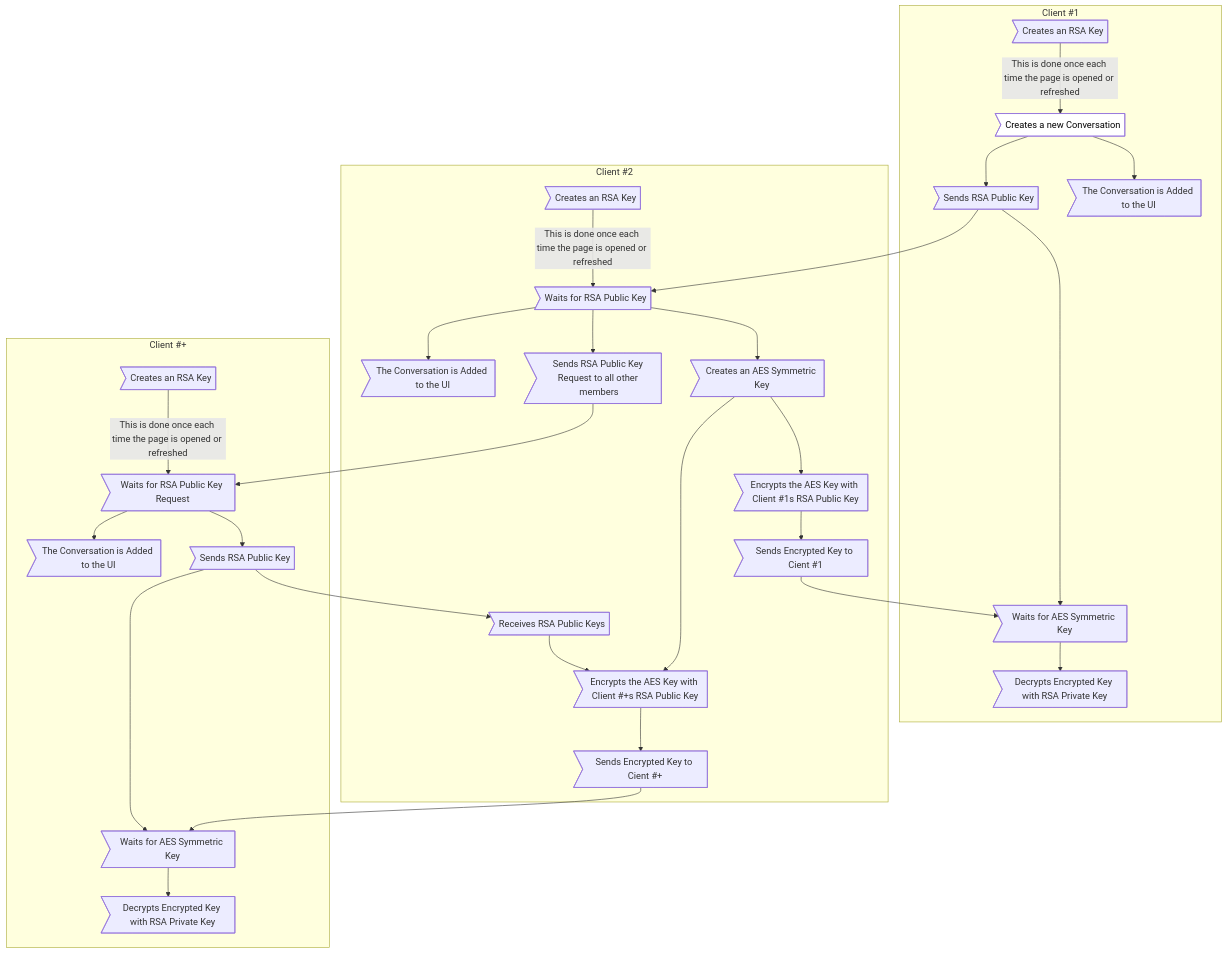
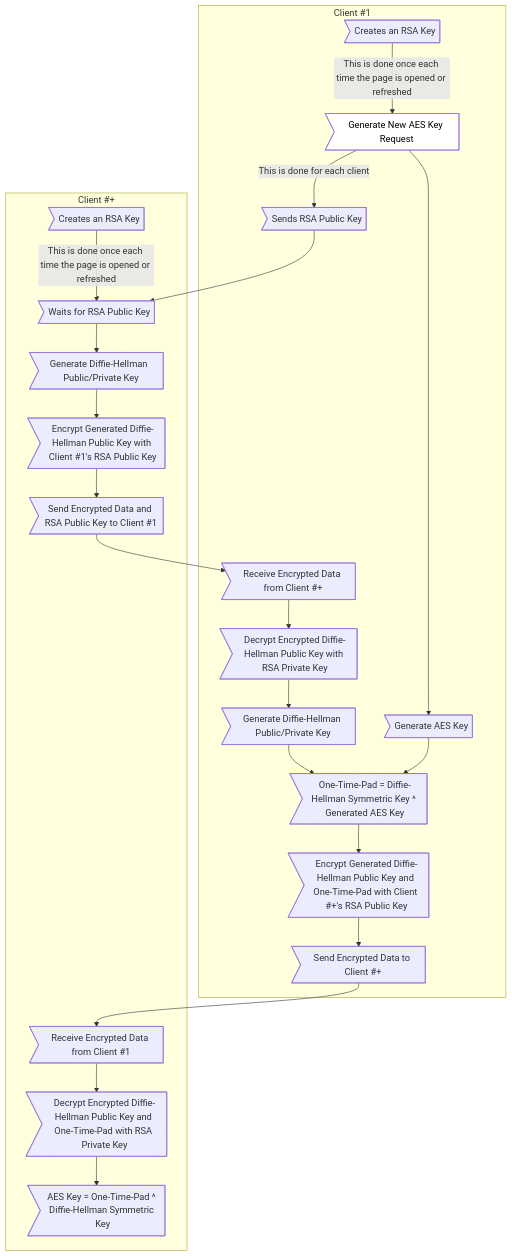
One commit to xXCrash2BomberXx/TinyChat changed the third of 4 diagrams in README.md. Above: the diagram before and after it, drawn with Mermaid. The commit also changed other lines of this file and 1 other file, not shown here.

Commit message:
RSA and security fixes (#85)
* Base

* Additions

* Finishing Touches

* Permissions Cleanup

* Fixed Manual AES Key Share

* ReaDME Update

* README Update

* README Update

* README Update

* Added lock button

* made button lock

* Optimized

---------

````diff
--- a/README.md
+++ b/README.md
@@ -236,36 +231,28 @@
 ```mermaid
 graph TB;
   subgraph "Client #1"
-  A>Creates an RSA Key] --> |This is done once each time the page is opened or refreshed| B>Creates a new Conversation];
-  B --> C>The Conversation is Added to the UI];
-  B --> D>Sends RSA Public Key];
-  D --> J>Waits for AES Symmetric Key];
-  J --> K>Decrypts Encrypted Key with RSA Private Key];
-  end
-  subgraph "Client #2"
-  E>Creates an RSA Key] --> |This is done once each time the page is opened or refreshed| F>Waits for RSA Public Key];
-  D --> F;
-  F --> G>Creates an AES Symmetric Key];
-  G -->H>Encrypts the AES Key with Client #1s RSA Public Key];
-  H -->I>Sends Encrypted Key to Cient #1];
-  I --> J;
-  F --> O>Sends RSA Public Key Request to all other members];
-  G --> Q;
-  P --> Q>Encrypts the AES Key with Client #+s RSA Public Key];
-  Q --> R>Sends Encrypted Key to Cient #+];
-  F --> U>The Conversation is Added to the UI];
+  A>Creates an RSA Key] --> |This is done once each time the page is opened or refreshed| B>Generate New AES Key Request];
+  B --> |This is done for each client| D>Sends RSA Public Key];
+  J --> K>Decrypt Encrypted Diffie-Hellman Public Key with RSA Private Key];
+  K --> L>"Generate Diffie-Hellman Public/Private Key"];
+  B --> F>Generate AES Key];
+  F --> M;
+  L --> M>One-Time-Pad = Diffie-Hellman Symmetric Key ^ Generated AES Key];
+  M --> N>Encrypt Generated Diffie-Hellman Public Key and One-Time-Pad with Client #+'s RSA Public Key];
+  N --> O>Send Encrypted Data to Client #+];
   end
   subgraph "Client #+"
-  L>Creates an RSA Key] --> |This is done once each time the page is opened or refreshed| M>Waits for RSA Public Key Request];
-  M --> N>Sends RSA Public Key];
-  O --> M;
-  N --> P>Receives RSA Public Keys];
-  N --> S> Waits for AES Symmetric Key];
-  R --> S;
-  S --> T>Decrypts Encrypted Key with RSA Private Key];
-  M --> V>The Conversation is Added to the UI];
+  C>Creates an RSA Key] --> |This is done once each time the page is opened or refreshed| E>Creates a new Conversation];
+  D --> E>Waits for RSA Public Key];
+  E --> G>"Generate Diffie-Hellman  Public/Private Key"];
+  G --> H>Encrypt Generated Diffie-Hellman Public Key with Client #1's RSA Public Key];
+  H --> I>Send Encrypted Data and RSA Public Key to Client #1];
+  I --> J>Receive Encrypted Data from Client #+];
+  O --> P>Receive Encrypted Data from Client #1];
+  P --> Q>Decrypt Encrypted Diffie-Hellman Public Key and One-Time-Pad with RSA Private Key];
+  Q --> R>AES Key = One-Time-Pad ^ Diffie-Hellman Symmetric Key];
   end
 
   classDef user fill:#fff,color:#000
   class B user;
 ```
````
